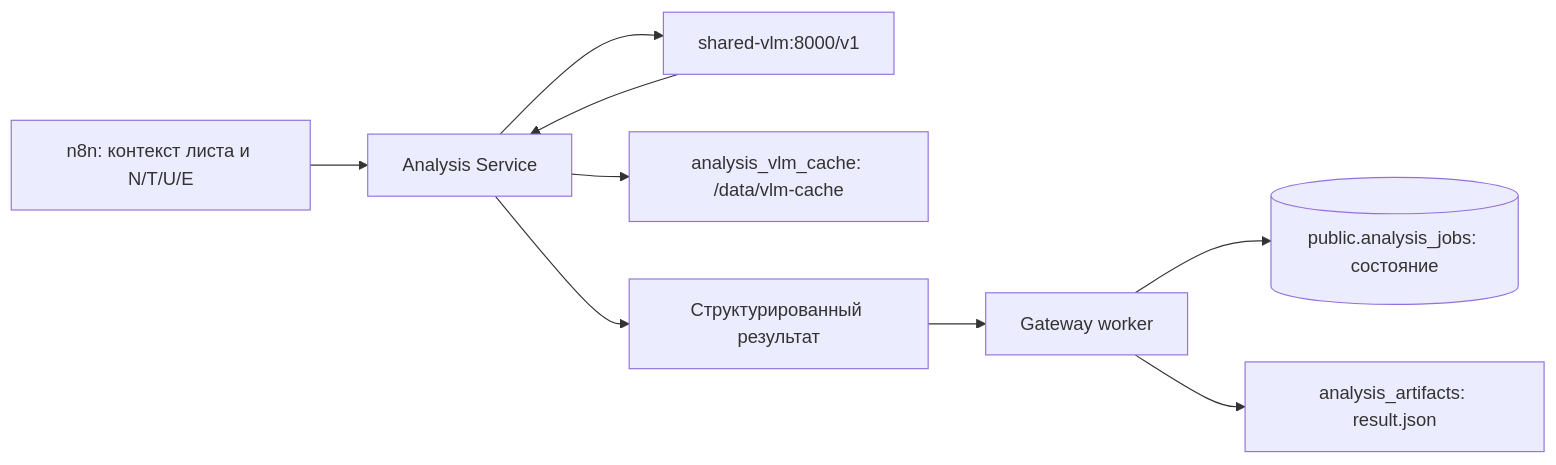
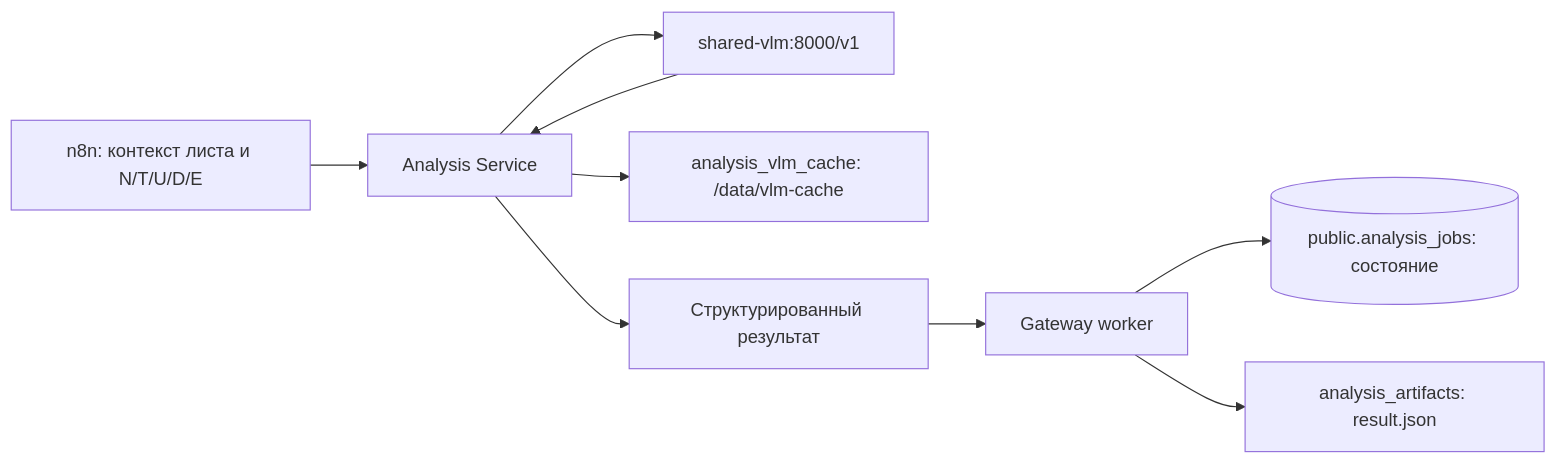
One commit to Amadu-A/PDRD-validation changed diagram 18 of 32 in README.md. Above: the diagram before and after it, drawn with Mermaid. The commit also changed other lines of this file and 72 other files, not shown here.

````diff
--- a/README.md
+++ b/README.md
@@ -797,11 +813,11 @@
 ```mermaid
 flowchart LR
-    N8N["n8n: контекст листа и N/T/U/E"] --> AS["Analysis Service"]
+    N8N["n8n: контекст листа и N/T/U/D/E"] --> AS["Analysis Service"]
     AS --> VLM["shared-vlm:8000/v1"]
     VLM --> AS
     AS --> CACHE["analysis_vlm_cache: /data/vlm-cache"]
     AS --> RESULT["Структурированный результат"]
     RESULT --> GW["Gateway worker"]
     GW --> SQL[("public.analysis_jobs: состояние")]
     GW --> JSON["analysis_artifacts: result.json"]
 ```
````
